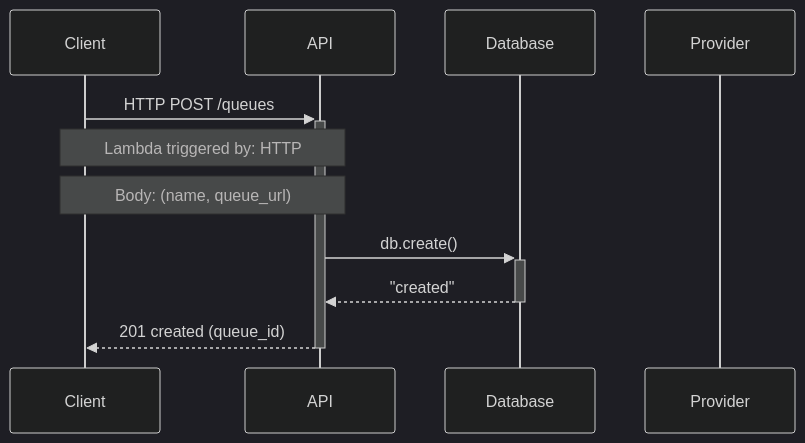
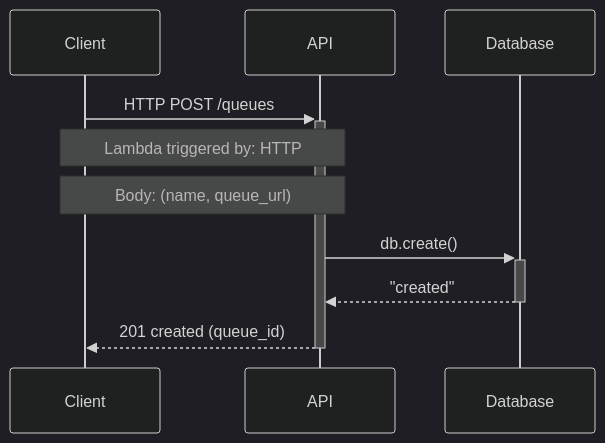
The diagram in docs/diagrams/1-queue-create.mmd (pagarme/superbowleto), drawn with Mermaid (dark theme) before and after one commit. The commit also changed 1 other file, not shown here.

```diff
--- a/docs/diagrams/1-queue-create.mmd
+++ b/docs/diagrams/1-queue-create.mmd
@@ -1,12 +1,11 @@
 sequenceDiagram
     participant Client
     participant API
     participant Database
-    participant Provider
 
     Client ->>+ API: HTTP POST /queues
         Note over Client,API: Lambda triggered by: HTTP
         Note over Client,API: Body: (name, queue_url)
     API ->>+ Database: db.create()
     Database -->>- API: "created"
     API -->>- Client: 201 created (queue_id)
```
